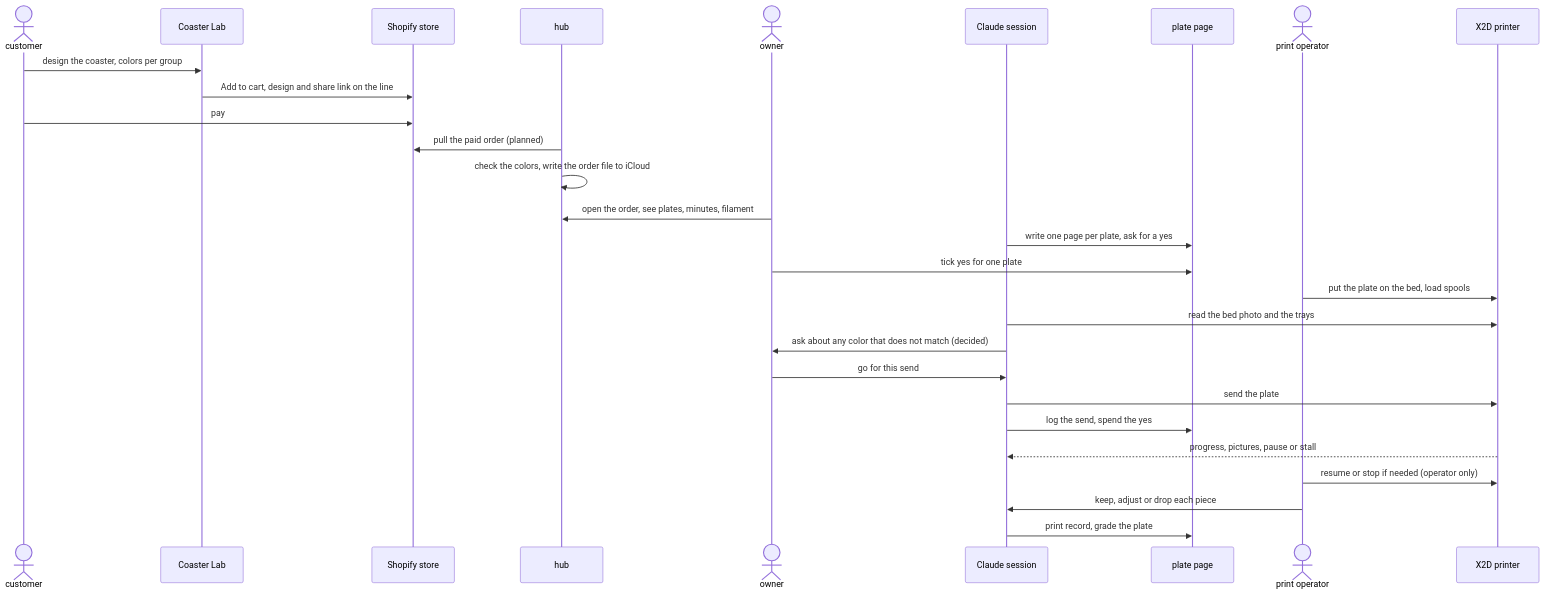
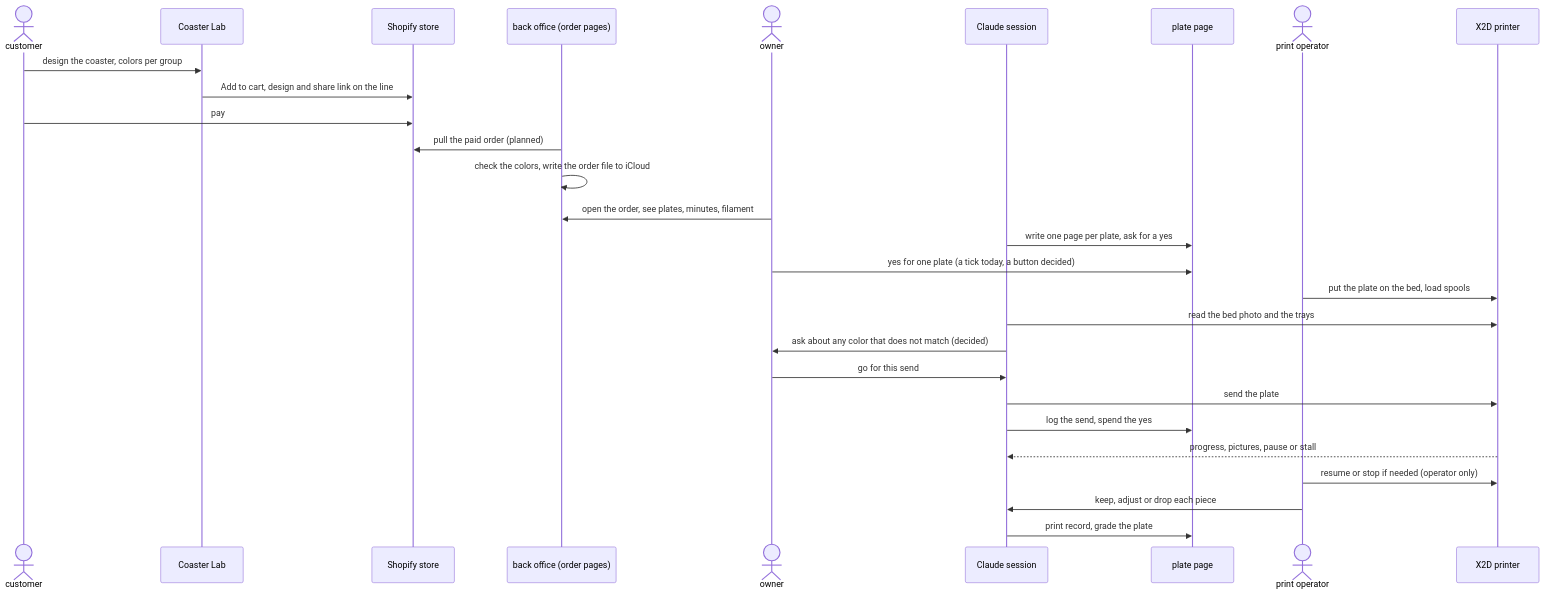
One commit to omars-lab/3d-models changed the tenth of 11 diagrams in docs/design/process/users-and-surfaces-design.md. Above: the diagram before and after it, drawn with Mermaid. The commit also changed other lines of this file and 7 other files, not shown here.

````diff
--- a/docs/design/process/users-and-surfaces-design.md
+++ b/docs/design/process/users-and-surfaces-design.md
@@ -290,31 +592,31 @@
 ```mermaid
 sequenceDiagram
   actor C as customer
   participant L as Coaster Lab
   participant S as Shopify store
-  participant H as hub
+  participant B as back office (order pages)
   actor O as owner
   participant CS as Claude session
   participant V as plate page
   actor P as print operator
   participant X as X2D printer
 
   C->>L: design the coaster, colors per group
   L->>S: Add to cart, design and share link on the line
   C->>S: pay
-  H->>S: pull the paid order (planned)
-  H->>H: check the colors, write the order file to iCloud
-  O->>H: open the order, see plates, minutes, filament
+  B->>S: pull the paid order (planned)
+  B->>B: check the colors, write the order file to iCloud
+  O->>B: open the order, see plates, minutes, filament
   CS->>V: write one page per plate, ask for a yes
-  O->>V: tick yes for one plate
+  O->>V: yes for one plate (a tick today, a button decided)
   P->>X: put the plate on the bed, load spools
   CS->>X: read the bed photo and the trays
   CS->>O: ask about any color that does not match (decided)
   O->>CS: go for this send
   CS->>X: send the plate
   CS->>V: log the send, spend the yes
   X-->>CS: progress, pictures, pause or stall
   P->>X: resume or stop if needed (operator only)
   P->>CS: keep, adjust or drop each piece
   CS->>V: print record, grade the plate
 ```
````
